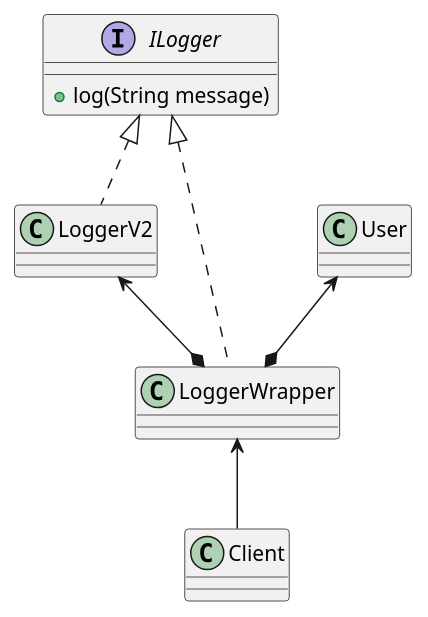
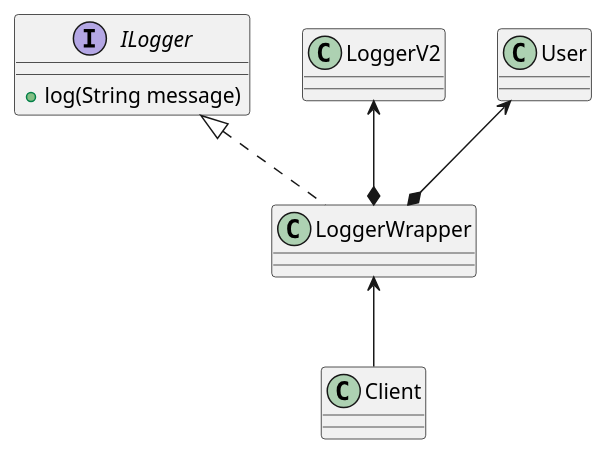
Before and after one commit to tusharjoshi/design-patterns-workshop: the third of 3 diagrams in manual/book/ch11-decorator/ch11-decorator.adoc, drawn with PlantUML. The commit also changed other lines of this file and 57 other files, not shown here.

```diff
--- a/manual/book/ch11-decorator/ch11-decorator.adoc
+++ b/manual/book/ch11-decorator/ch11-decorator.adoc
@@ -88,15 +88,14 @@
 [plantuml, decorator-anti-corruption, png]
 ----
 interface ILogger {
     +log(String message)
 }
 class LoggerV2
 class LoggerWrapper
 class User
 class Client
-ILogger <|.. LoggerV2
 ILogger <|.. LoggerWrapper
 LoggerV2 <--* LoggerWrapper
 User <--* LoggerWrapper
 LoggerWrapper <-- Client
 ----
```
